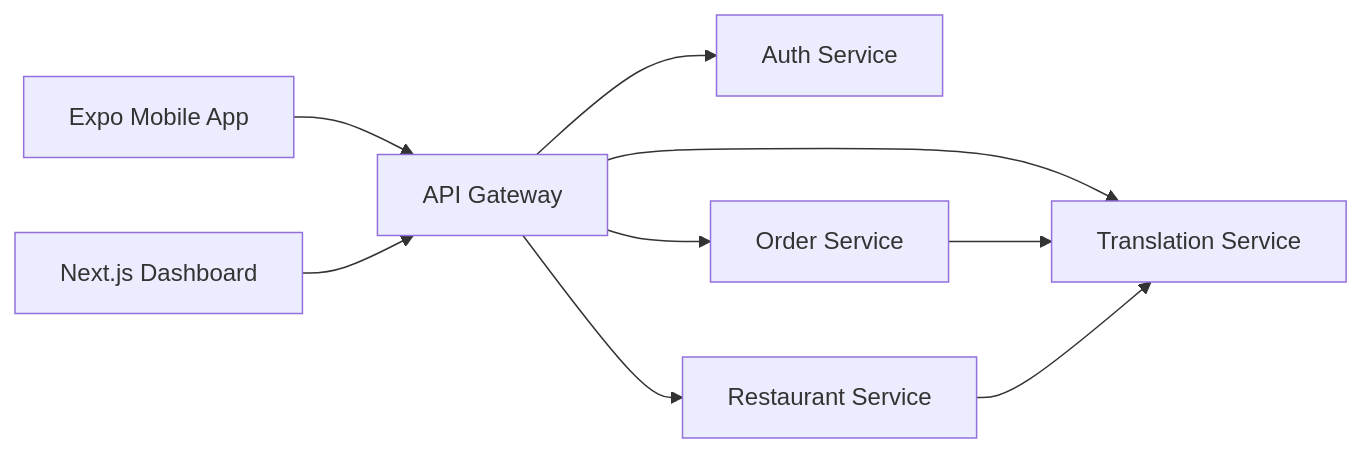
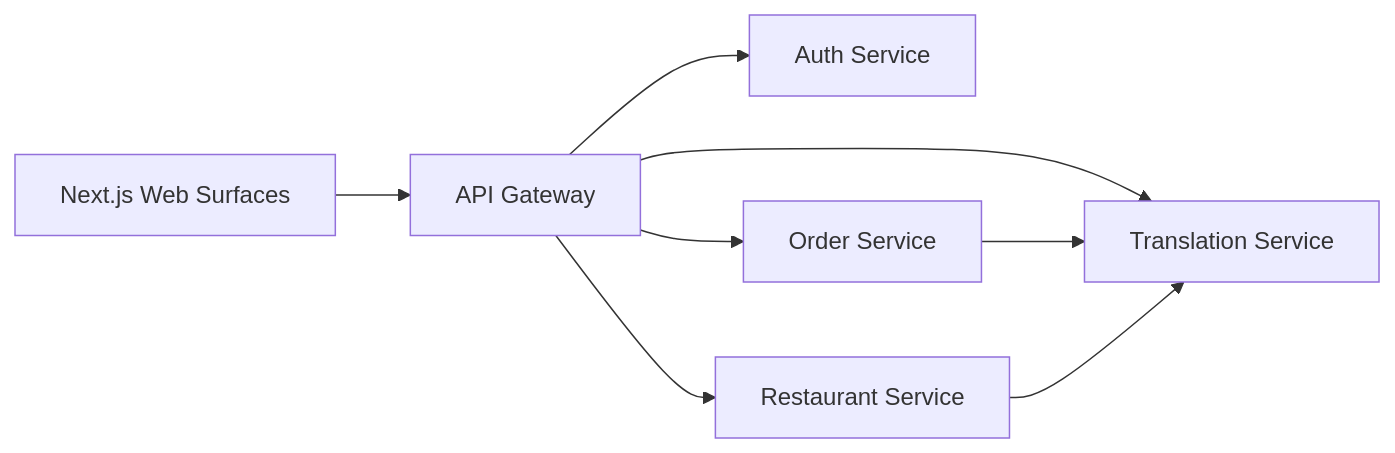
One commit to ma-91-02/scan-menu changed the diagram in docs/architecture.md. Above: the diagram before and after it, drawn with Mermaid. The commit also changed other lines of this file and 84 other files, not shown here.

Commit message:
chore: complete Babili full rebranding and remove mobile app

````diff
--- a/docs/architecture.md
+++ b/docs/architecture.md
@@ -7,11 +7,10 @@
 ```mermaid
 flowchart LR
-  Mobile[Expo Mobile App] --> Gateway[API Gateway]
-  Web[Next.js Dashboard] --> Gateway
+  Web[Next.js Web Surfaces] --> Gateway[API Gateway]
   Gateway --> Auth[Auth Service]
   Gateway --> Restaurant[Restaurant Service]
   Gateway --> Orders[Order Service]
   Gateway --> Translation[Translation Service]
   Orders --> Translation
   Restaurant --> Translation
 ```
````
